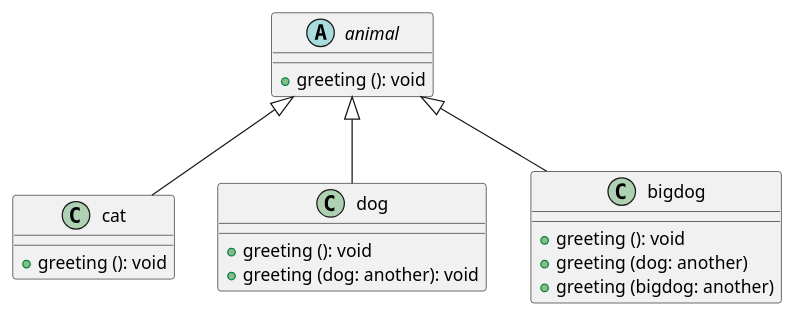
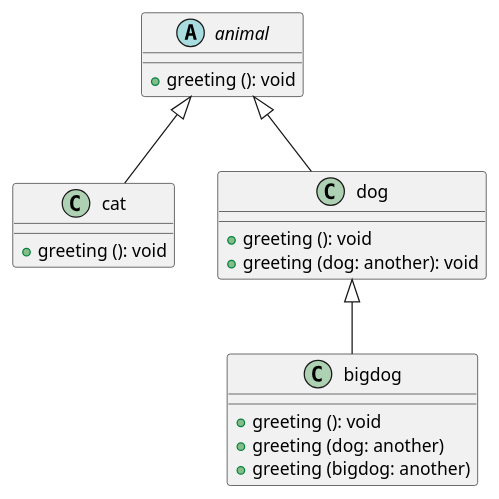
The diagram in MatComp-MP-EL1-D/src/es/uah/matcomp/mp/e1/ejerciciosclases/ejerciciosclase1/ejerciciosclase7/diagrama.puml (idiartcastro07-hub/H12G07), drawn with PlantUML before and after one commit. The commit also changed 31 other files, not shown here.

```diff
--- a/MatComp-MP-EL1-D/src/es/uah/matcomp/mp/e1/ejerciciosclases/ejerciciosclase1/ejerciciosclase7/diagrama.puml
+++ b/MatComp-MP-EL1-D/src/es/uah/matcomp/mp/e1/ejerciciosclases/ejerciciosclase1/ejerciciosclase7/diagrama.puml
@@ -1,20 +1,20 @@
 @startuml
 abstract class animal {
 +greeting (): void
 }
 
 class cat extends animal {
 +greeting (): void
 }
 
 class dog extends animal {
 +greeting (): void
 +greeting (dog: another): void
 }
 
-class bigdog extends animal {
+class bigdog extends dog {
 +greeting (): void
 +greeting (dog: another)
 +greeting (bigdog: another)
 }
 @enduml
```
